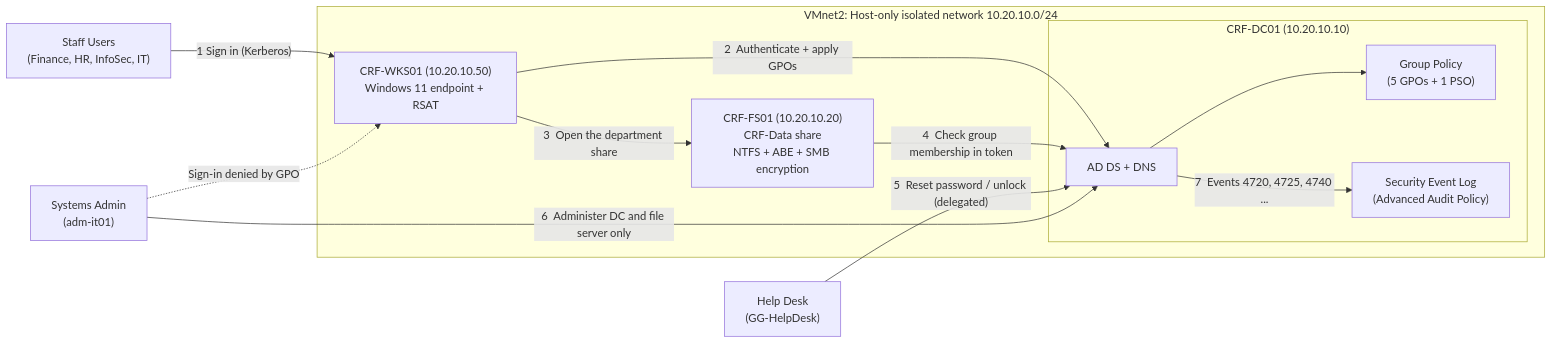
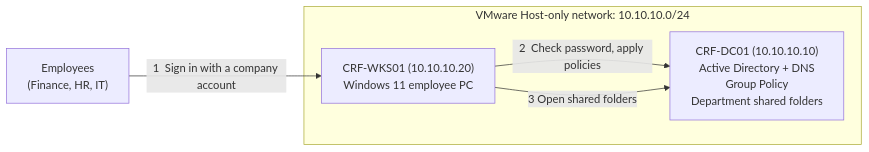
The first of 2 diagrams in Lab.md (Gbemiga97/Domain-Joined-Endpoint-to-Domain-Controller), drawn with Mermaid before and after one commit. The commit also changed other lines of this file and 4 other files, not shown here.

````diff
--- a/Lab.md
+++ b/Lab.md
@@ -22,26 +24,12 @@
 ```mermaid
 flowchart LR
-    Admin["Systems Admin<br/>(adm-it01)"]
-    HelpDesk["Help Desk<br/>(GG-HelpDesk)"]
-    Staff["Staff Users<br/>(Finance, HR, InfoSec, IT)"]
+    Users["Employees<br/>(Finance, HR, IT)"] -->|"1  Sign in with a company account"| WKS
 
-    subgraph VMnet2["VMnet2: Host-only isolated network 10.20.10.0/24"]
-        subgraph DC["CRF-DC01 (10.20.10.10)"]
-            ADDS["AD DS + DNS"]
-            GPO["Group Policy<br/>(5 GPOs + 1 PSO)"]
-            AUDIT["Security Event Log<br/>(Advanced Audit Policy)"]
-        end
-        FS["CRF-FS01 (10.20.10.20)<br/>CRF-Data share<br/>NTFS + ABE + SMB encryption"]
-        WKS["CRF-WKS01 (10.20.10.50)<br/>Windows 11 endpoint + RSAT"]
+    subgraph VMnet1["VMware Host-only network: 10.10.10.0/24"]
+        DC["CRF-DC01 (10.10.10.10)<br/>Active Directory + DNS<br/>Group Policy<br/>Department shared folders"]
+        WKS["CRF-WKS01 (10.10.10.20)<br/>Windows 11 employee PC"]
     end
 
-    Staff -->|"1  Sign in (Kerberos)"| WKS
-    WKS -->|"2  Authenticate + apply GPOs"| ADDS
-    ADDS --> GPO
-    WKS -->|"3  Open the department share"| FS
-    FS -->|"4  Check group membership in token"| ADDS
-    HelpDesk -->|"5  Reset password / unlock (delegated)"| ADDS
-    Admin -->|"6  Administer DC and file server only"| ADDS
-    Admin -.->|"Sign-in denied by GPO"| WKS
-    ADDS -->|"7  Events 4720, 4725, 4740 ..."| AUDIT
+    WKS -->|"2  Check password, apply policies"| DC
+    WKS -->|"3  Open shared folders"| DC
 ```
````
